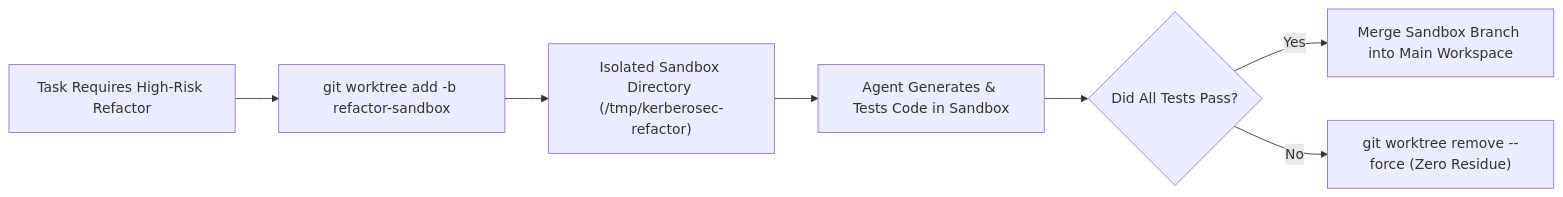
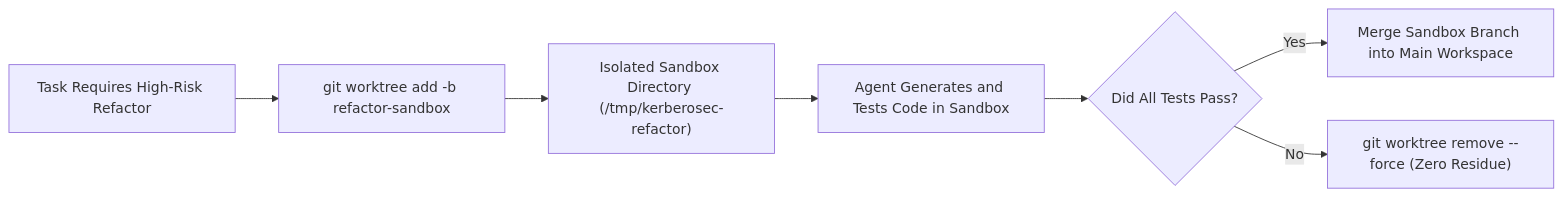
Diagram 16 of 24 in README.md (KerberoSec/KerberoSec-CLI), drawn with Mermaid before and after one commit. The commit also changed other lines of this file and 5 other files, not shown here.

````diff
--- a/README.md
+++ b/README.md
@@ -511,9 +618,9 @@
 ```mermaid
 flowchart LR
     Task["Task Requires High-Risk Refactor"] --> CreateWorktree["git worktree add -b refactor-sandbox"]
     CreateWorktree --> IsolatedDir["Isolated Sandbox Directory (/tmp/kerberosec-refactor)"]
-    IsolatedDir --> AgentExecution["Agent Generates & Tests Code in Sandbox"]
+    IsolatedDir --> AgentExecution["Agent Generates and Tests Code in Sandbox"]
     AgentExecution --> VerifyTests{"Did All Tests Pass?"}
     VerifyTests -- "Yes" --> MergeBranch["Merge Sandbox Branch into Main Workspace"]
     VerifyTests -- "No" --> PurgeWorktree["git worktree remove --force (Zero Residue)"]
 ```
````
